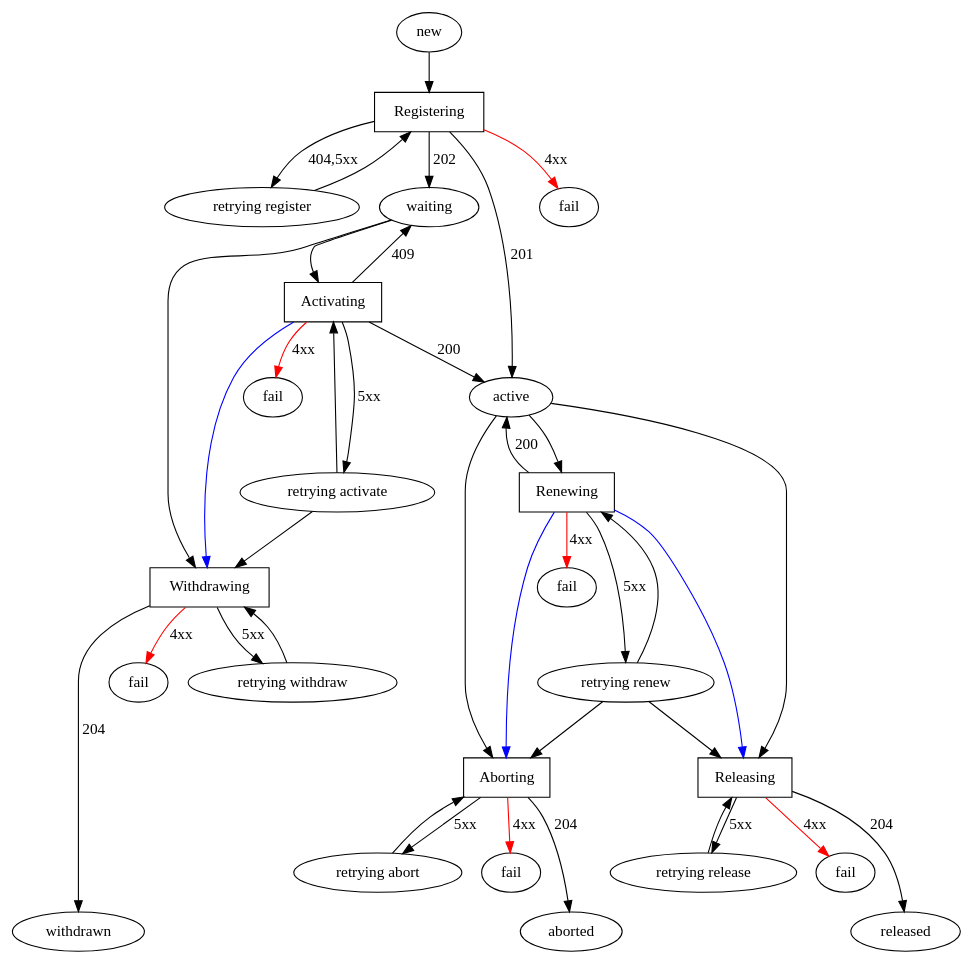
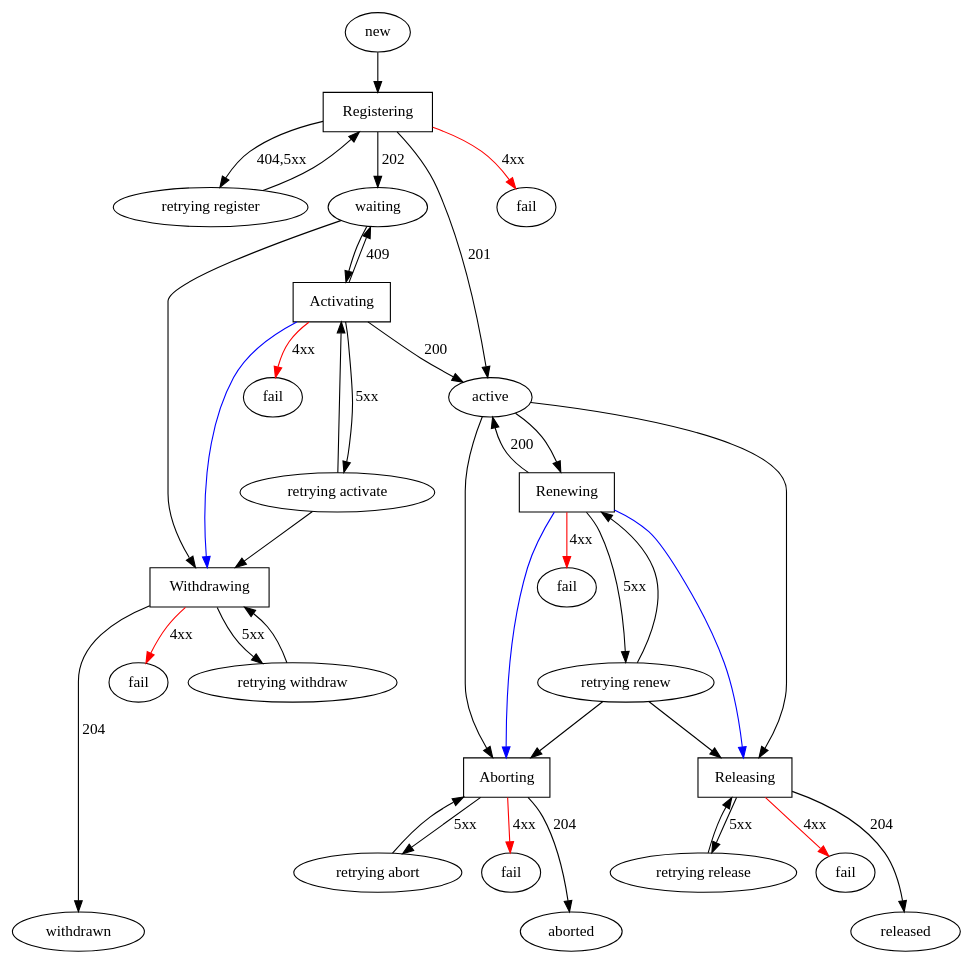
Before and after one commit to genome/nessy-client-perl: the diagram in docs/nessy-daemon-claim-state-machine.dot, drawn with Graphviz.

Commit message:
remove weights (formatting)

```diff
--- a/docs/nessy-daemon-claim-state-machine.dot
+++ b/docs/nessy-daemon-claim-state-machine.dot
@@ -1,125 +1,125 @@
 digraph "nessy-daemon-claim-state-machine" {
     node [shape=oval]
     // Start state
     new
 
     // In progress states
     active
     waiting
 
     // Final states
     aborted
     released
     withdrawn
 
     // Failure states
     f_abort    [label="fail"]
     f_activate [label="fail"]
     f_register [label="fail"]
     f_release  [label="fail"]
     f_renew    [label="fail"]
     f_withdraw [label="fail"]
 
     // Retry states
     r_abort    [label="retrying abort"]
     r_activate [label="retrying activate"]
     r_register [label="retrying register"]
     r_release  [label="retrying release"]
     r_renew    [label="retrying renew"]
     r_withdraw [label="retrying withdraw"]
 
     // Action states
     node [shape=box]
     a_abort    [label="Aborting"]
     a_activate [label="Activating"]
     a_register [label="Registering"]
     a_release  [label="Releasing"]
     a_renew    [label="Renewing"]
     a_withdraw [label="Withdrawing"]
 
 
     // Paths from start node
     new -> a_register [color=black]
 
 
     // Paths away from a_register
     a_register -> active     [color=black label="201"]
     a_register -> waiting    [color=black label="202"]
 
     a_register -> r_register [color=black label="404,5xx"]
     r_register -> a_register [color=black]
 
     a_register -> f_register [color=red   label="4xx"]
 
 
     // Paths away from active
     active  -> a_renew   [color=black]
     a_renew -> active    [color=black label="200"]
     a_renew -> r_renew   [color=black label="5xx" minlen=2]
     r_renew -> a_renew   [color=black]
 
 
     a_renew -> f_renew   [color=red label="4xx"]
 
     active  -> a_abort   [color=black]
     a_renew -> a_abort   [color=blue]
     r_renew -> a_abort   [color=black]
 
     a_renew -> a_release [color=blue]
     r_renew -> a_release [color=black]
 
     active  -> a_release [color=black]
 
 
     // Paths away from waiting
-    waiting    -> a_activate [color=black weight=0.5]
-    a_activate -> waiting    [color=black label="409" weight=0.5]
+    waiting    -> a_activate [color=black]
+    a_activate -> waiting    [color=black label="409"]
     a_activate -> r_activate [color=black label="5xx" minlen=2]
     r_activate -> a_activate [color=black]
     a_activate -> active     [color=black label="200"]
 
 
     a_activate -> f_activate [color=red   label="4xx"]
 
     waiting    -> a_withdraw [color=black]
     a_activate -> a_withdraw [color=blue]
     r_activate -> a_withdraw [color=black]
 
 
     // Paths away from a_withdraw
     a_withdraw -> withdrawn  [color=black label="204"]
 
     a_withdraw -> r_withdraw [color=black label="5xx"]
     r_withdraw -> a_withdraw [color=black]
 
     a_withdraw -> f_withdraw [color=red   label="4xx"]
 
 
     // Paths away from a_release
     a_release -> released  [color=black label="204"]
 
     a_release -> r_release [color=black label="5xx"]
     r_release -> a_release [color=black]
 
     a_release -> f_release [color=red   label="4xx"]
 
     // Paths away from a_abort
     a_abort -> aborted [color=black label="204"]
     a_abort -> r_abort [color=black label="5xx"]
 
     r_abort -> a_abort [color=black]
     a_abort -> f_abort [color=red   label="4xx"]
 
     // Formatting
     {
         rank=source
         new
     }
 
     {
         rank=sink
         aborted
         released
         withdrawn
     }
 }
```
